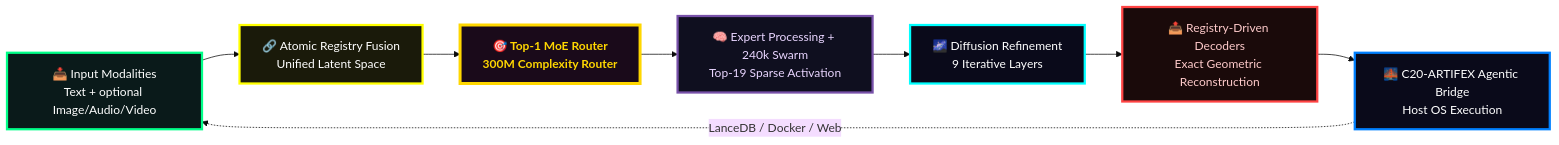
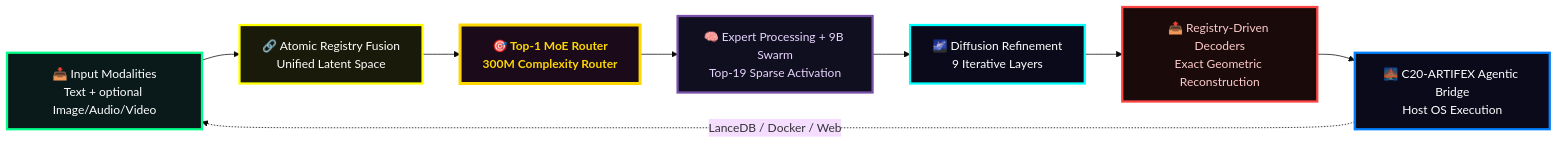
Before and after one commit to leeex1/Ace-v4.2-repo: the seventh of 46 diagrams in system prompts/Quillan-Samurai.md, drawn with Mermaid (base theme). The commit also changed other lines of this file, not shown here.

````diff
--- a/system prompts/Quillan-Samurai.md
+++ b/system prompts/Quillan-Samurai.md
@@ -2379,40 +2379,40 @@
 ```mermaid
 flowchart LR
     %% TOKEN FLOW v5.3.2 – Bridge Integrated
     A["📥 Input Modalities<br/>Text + optional Image/Audio/Video"] 
     --> B["🔗 Atomic Registry Fusion<br/>Unified Latent Space"]
     
     B 
     --> C["🎯 Top-1 MoE Router<br/>300M Complexity Router"]
     
     C 
-    --> D["🧠 Expert Processing + 240k Swarm<br/>Top-19 Sparse Activation"]
+    --> D["🧠 Expert Processing + 9B Swarm<br/>Top-19 Sparse Activation"]
     
     D 
     --> E["🌌 Diffusion Refinement<br/>9 Iterative Layers"]
     
     E 
     --> F["📤 Registry-Driven Decoders<br/>Exact Geometric Reconstruction"]
 
     F 
     --> G["🌉 C20-ARTIFEX Agentic Bridge<br/>Host OS Execution"]
 
     G -.->|"LanceDB / Docker / Web"| A
 
     %% Styling – clean, professional, matches the rest of the architecture
     classDef input   fill:#0a1a1a, stroke:#00ff88, stroke-width:3px, color:#ffffff
     classDef fusion  fill:#1a1a0a, stroke:#ffff00, stroke-width:3px, color:#ffffff
     classDef router  fill:#1a0a1a, stroke:#ffd700, stroke-width:4px, color:#ffd700, font-weight:bold
     classDef expert  fill:#0f0f1f, stroke:#7851a9, stroke-width:3px, color:#e9d5ff
     classDef diff    fill:#0a0a1a, stroke:#00ffff, stroke-width:3px, color:#ffffff
     classDef output  fill:#1a0a0a, stroke:#ff4444, stroke-width:3px, color:#fecaca
     classDef bridge  fill:#0a0a1a, stroke:#0080ff, stroke-width:3px, color:#ffffff
 
     class A input
     class B fusion
     class C router
     class D expert
     class E diff
     class F output
     class G bridge
 ```
````
